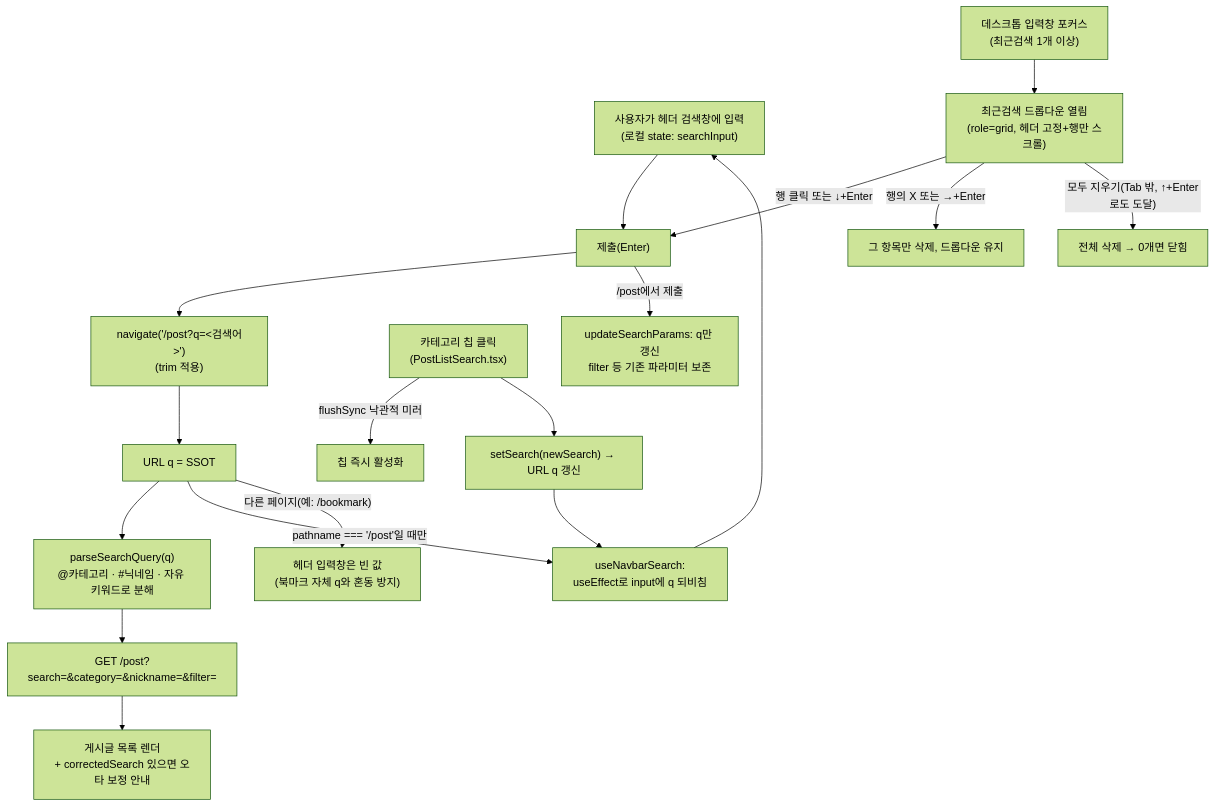
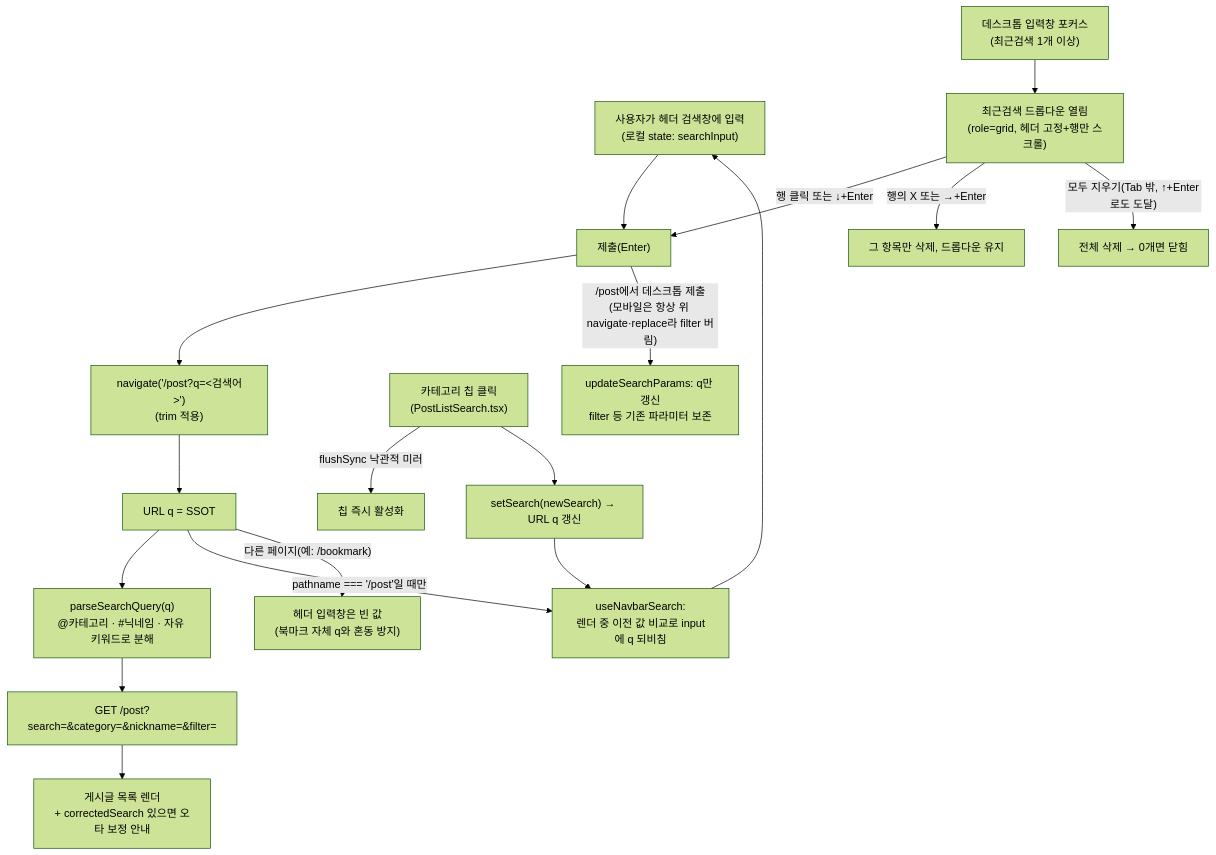
One commit to BAECHAN/link-sphere_FE_NEW changed the first of 2 diagrams in docs/SEARCH.md. Above: the diagram before and after it, drawn with Mermaid (forest theme). The commit also changed other lines of this file and 43 other files, not shown here.

````diff
--- a/docs/SEARCH.md
+++ b/docs/SEARCH.md
@@ -26,24 +27,24 @@
 ```mermaid
 flowchart TD
   Type["사용자가 헤더 검색창에 입력<br/>(로컬 state: searchInput)"] --> Submit["제출(Enter)"]
   Submit --> Navigate["navigate('/post?q=&lt;검색어&gt;')<br/>(trim 적용)"]
   Navigate --> URL["URL q = SSOT"]
   URL --> Parse["parseSearchQuery(q)<br/>@카테고리 · #닉네임 · 자유 키워드로 분해"]
   Parse --> API["GET /post?search=&category=&nickname=&filter="]
   API --> Result["게시글 목록 렌더<br/>+ correctedSearch 있으면 오타 보정 안내"]
 
-  URL -->|"pathname === '/post'일 때만"| Mirror["useNavbarSearch:<br/>useEffect로 input에 q 되비침"]
+  URL -->|"pathname === '/post'일 때만"| Mirror["useNavbarSearch:<br/>렌더 중 이전 값 비교로 input에 q 되비침"]
   Mirror --> Type
 
   URL -->|"다른 페이지(예: /bookmark)"| Empty["헤더 입력창은 빈 값<br/>(북마크 자체 q와 혼동 방지)"]
 
   ChipClick["카테고리 칩 클릭<br/>(PostListSearch.tsx)"] -->|"flushSync 낙관적 미러"| ChipUI["칩 즉시 활성화"]
   ChipClick --> Navigate2["setSearch(newSearch) → URL q 갱신"]
   Navigate2 --> Mirror
 
   Focus["데스크톱 입력창 포커스<br/>(최근검색 1개 이상)"] --> Dropdown["최근검색 드롭다운 열림<br/>(role=grid, 헤더 고정+행만 스크롤)"]
   Dropdown -->|"행 클릭 또는 ↓+Enter"| Submit
   Dropdown -->|"행의 X 또는 →+Enter"| RemoveOne["그 항목만 삭제, 드롭다운 유지"]
   Dropdown -->|"모두 지우기(Tab 밖, ↑+Enter로도 도달)"| ClearAll["전체 삭제 → 0개면 닫힘"]
-  Submit -->|"/post에서 제출"| Preserve["updateSearchParams: q만 갱신<br/>filter 등 기존 파라미터 보존"]
+  Submit -->|"/post에서 데스크톱 제출<br/>(모바일은 항상 위 navigate·replace라 filter 버림)"| Preserve["updateSearchParams: q만 갱신<br/>filter 등 기존 파라미터 보존"]
 ```
````
